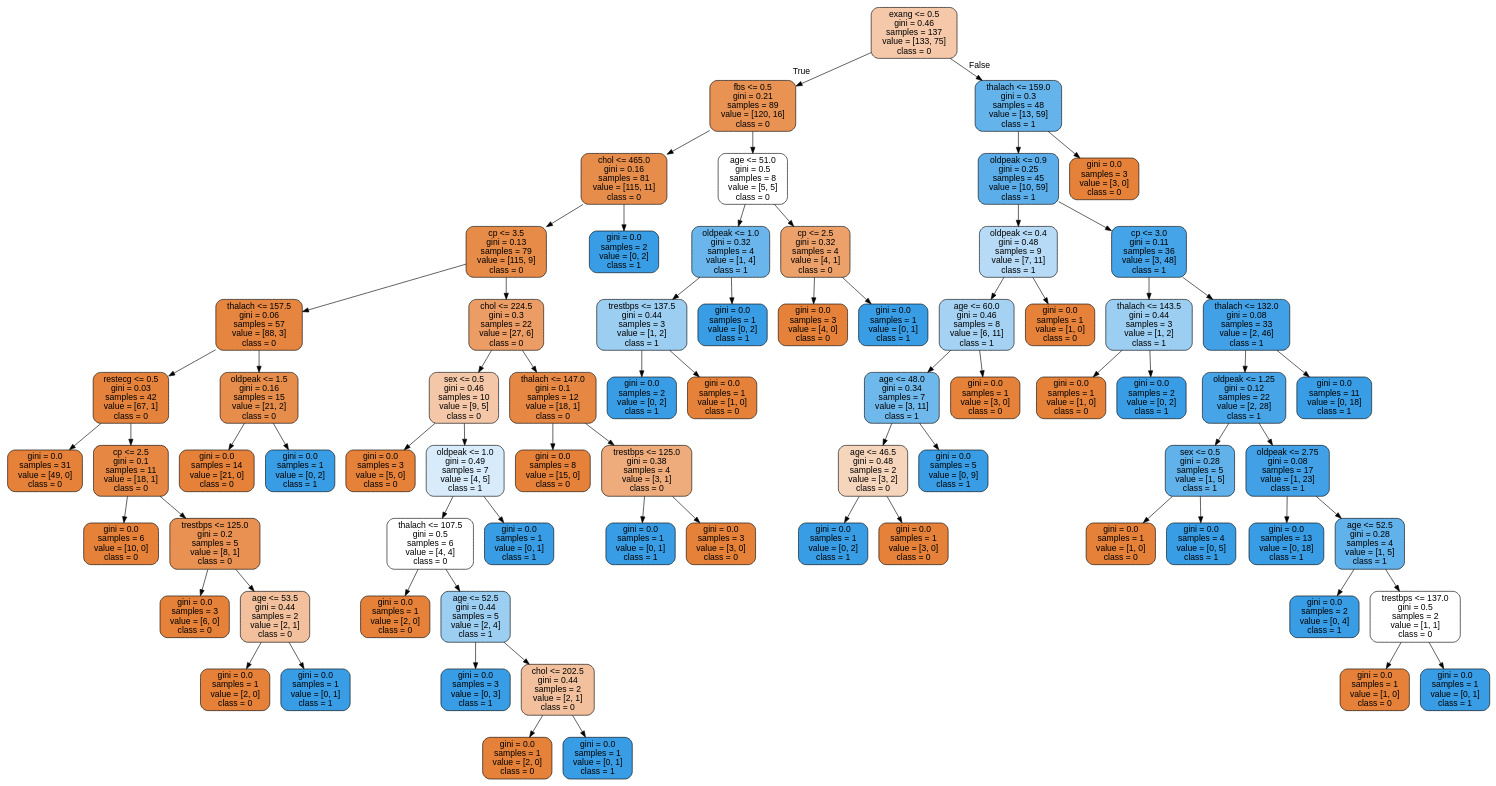
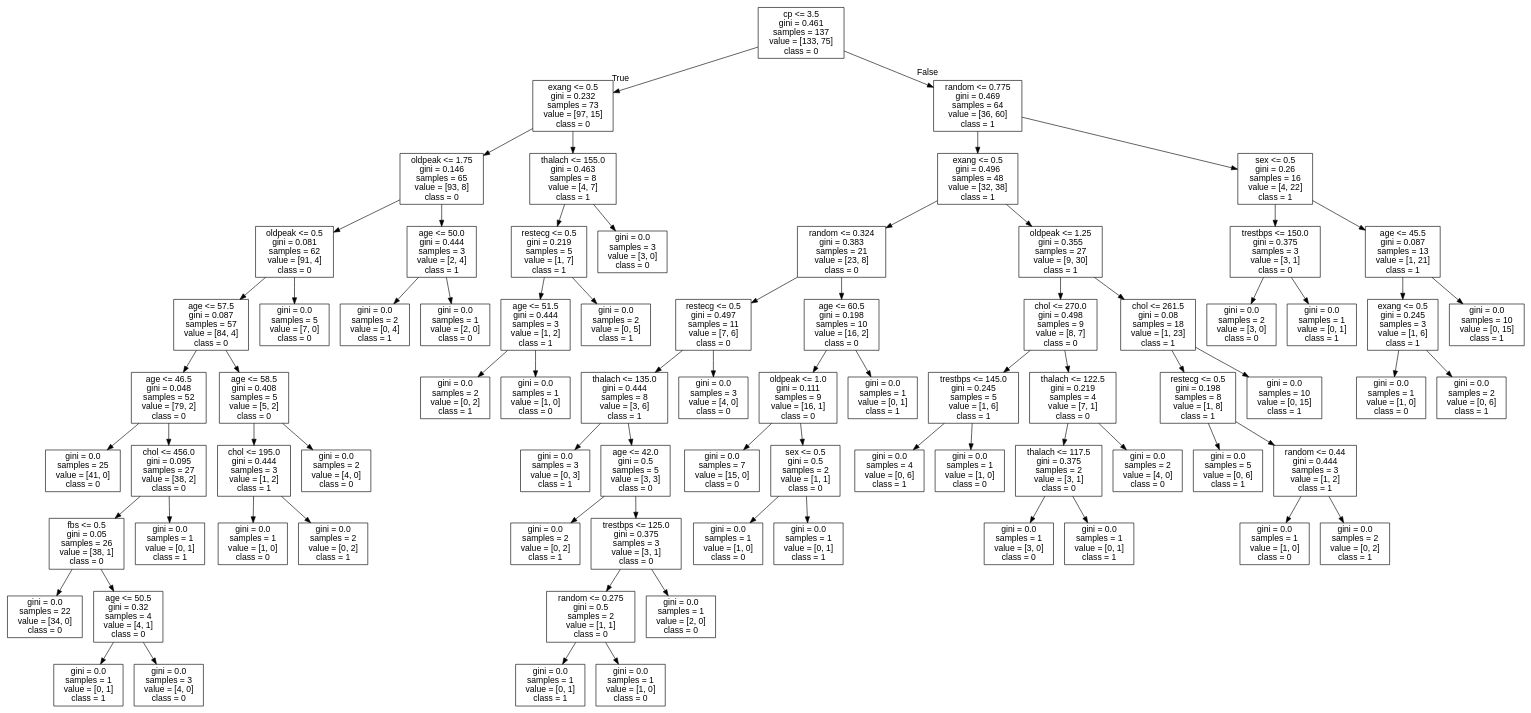
One commit to cyrilvincent/ML changed the diagram in data/heartdisease/tree.dot. Above: the diagram before and after it, drawn with Graphviz. The commit also changed 2 other files, not shown here.

```diff
--- a/data/heartdisease/tree.dot
+++ b/data/heartdisease/tree.dot
@@ -1,149 +1,157 @@
 digraph Tree {
-node [shape=box, style="filled, rounded", color="black", fontname="helvetica"] ;
+node [shape=box, fontname="helvetica"] ;
 edge [fontname="helvetica"] ;
-0 [label="exang <= 0.5\ngini = 0.46\nsamples = 137\nvalue = [133, 75]\nclass = 0", fillcolor="#f4c8a9"] ;
-1 [label="fbs <= 0.5\ngini = 0.21\nsamples = 89\nvalue = [120, 16]\nclass = 0", fillcolor="#e89253"] ;
+0 [label="cp <= 3.5\ngini = 0.461\nsamples = 137\nvalue = [133, 75]\nclass = 0"] ;
+1 [label="exang <= 0.5\ngini = 0.232\nsamples = 73\nvalue = [97, 15]\nclass = 0"] ;
 0 -> 1 [labeldistance=2.5, labelangle=45, headlabel="True"] ;
-2 [label="chol <= 465.0\ngini = 0.16\nsamples = 81\nvalue = [115, 11]\nclass = 0", fillcolor="#e78d4c"] ;
+2 [label="oldpeak <= 1.75\ngini = 0.146\nsamples = 65\nvalue = [93, 8]\nclass = 0"] ;
 1 -> 2 ;
-3 [label="cp <= 3.5\ngini = 0.13\nsamples = 79\nvalue = [115, 9]\nclass = 0", fillcolor="#e78b48"] ;
+3 [label="oldpeak <= 0.5\ngini = 0.081\nsamples = 62\nvalue = [91, 4]\nclass = 0"] ;
 2 -> 3 ;
-4 [label="thalach <= 157.5\ngini = 0.06\nsamples = 57\nvalue = [88, 3]\nclass = 0", fillcolor="#e68540"] ;
+4 [label="age <= 57.5\ngini = 0.087\nsamples = 57\nvalue = [84, 4]\nclass = 0"] ;
 3 -> 4 ;
-5 [label="restecg <= 0.5\ngini = 0.03\nsamples = 42\nvalue = [67, 1]\nclass = 0", fillcolor="#e5833c"] ;
+5 [label="age <= 46.5\ngini = 0.048\nsamples = 52\nvalue = [79, 2]\nclass = 0"] ;
 4 -> 5 ;
-6 [label="gini = 0.0\nsamples = 31\nvalue = [49, 0]\nclass = 0", fillcolor="#e58139"] ;
+6 [label="gini = 0.0\nsamples = 25\nvalue = [41, 0]\nclass = 0"] ;
 5 -> 6 ;
-7 [label="cp <= 2.5\ngini = 0.1\nsamples = 11\nvalue = [18, 1]\nclass = 0", fillcolor="#e68844"] ;
+7 [label="chol <= 456.0\ngini = 0.095\nsamples = 27\nvalue = [38, 2]\nclass = 0"] ;
 5 -> 7 ;
-8 [label="gini = 0.0\nsamples = 6\nvalue = [10, 0]\nclass = 0", fillcolor="#e58139"] ;
+8 [label="fbs <= 0.5\ngini = 0.05\nsamples = 26\nvalue = [38, 1]\nclass = 0"] ;
 7 -> 8 ;
-9 [label="trestbps <= 125.0\ngini = 0.2\nsamples = 5\nvalue = [8, 1]\nclass = 0", fillcolor="#e89152"] ;
-7 -> 9 ;
-10 [label="gini = 0.0\nsamples = 3\nvalue = [6, 0]\nclass = 0", fillcolor="#e58139"] ;
-9 -> 10 ;
-11 [label="age <= 53.5\ngini = 0.44\nsamples = 2\nvalue = [2, 1]\nclass = 0", fillcolor="#f2c09c"] ;
-9 -> 11 ;
-12 [label="gini = 0.0\nsamples = 1\nvalue = [2, 0]\nclass = 0", fillcolor="#e58139"] ;
-11 -> 12 ;
-13 [label="gini = 0.0\nsamples = 1\nvalue = [0, 1]\nclass = 1", fillcolor="#399de5"] ;
-11 -> 13 ;
-14 [label="oldpeak <= 1.5\ngini = 0.16\nsamples = 15\nvalue = [21, 2]\nclass = 0", fillcolor="#e78d4c"] ;
+9 [label="gini = 0.0\nsamples = 22\nvalue = [34, 0]\nclass = 0"] ;
+8 -> 9 ;
+10 [label="age <= 50.5\ngini = 0.32\nsamples = 4\nvalue = [4, 1]\nclass = 0"] ;
+8 -> 10 ;
+11 [label="gini = 0.0\nsamples = 1\nvalue = [0, 1]\nclass = 1"] ;
+10 -> 11 ;
+12 [label="gini = 0.0\nsamples = 3\nvalue = [4, 0]\nclass = 0"] ;
+10 -> 12 ;
+13 [label="gini = 0.0\nsamples = 1\nvalue = [0, 1]\nclass = 1"] ;
+7 -> 13 ;
+14 [label="age <= 58.5\ngini = 0.408\nsamples = 5\nvalue = [5, 2]\nclass = 0"] ;
 4 -> 14 ;
-15 [label="gini = 0.0\nsamples = 14\nvalue = [21, 0]\nclass = 0", fillcolor="#e58139"] ;
+15 [label="chol <= 195.0\ngini = 0.444\nsamples = 3\nvalue = [1, 2]\nclass = 1"] ;
 14 -> 15 ;
-16 [label="gini = 0.0\nsamples = 1\nvalue = [0, 2]\nclass = 1", fillcolor="#399de5"] ;
-14 -> 16 ;
-17 [label="chol <= 224.5\ngini = 0.3\nsamples = 22\nvalue = [27, 6]\nclass = 0", fillcolor="#eb9d65"] ;
-3 -> 17 ;
-18 [label="sex <= 0.5\ngini = 0.46\nsamples = 10\nvalue = [9, 5]\nclass = 0", fillcolor="#f3c7a7"] ;
-17 -> 18 ;
-19 [label="gini = 0.0\nsamples = 3\nvalue = [5, 0]\nclass = 0", fillcolor="#e58139"] ;
-18 -> 19 ;
-20 [label="oldpeak <= 1.0\ngini = 0.49\nsamples = 7\nvalue = [4, 5]\nclass = 1", fillcolor="#d7ebfa"] ;
-18 -> 20 ;
-21 [label="thalach <= 107.5\ngini = 0.5\nsamples = 6\nvalue = [4, 4]\nclass = 0", fillcolor="#ffffff"] ;
+16 [label="gini = 0.0\nsamples = 1\nvalue = [1, 0]\nclass = 0"] ;
+15 -> 16 ;
+17 [label="gini = 0.0\nsamples = 2\nvalue = [0, 2]\nclass = 1"] ;
+15 -> 17 ;
+18 [label="gini = 0.0\nsamples = 2\nvalue = [4, 0]\nclass = 0"] ;
+14 -> 18 ;
+19 [label="gini = 0.0\nsamples = 5\nvalue = [7, 0]\nclass = 0"] ;
+3 -> 19 ;
+20 [label="age <= 50.0\ngini = 0.444\nsamples = 3\nvalue = [2, 4]\nclass = 1"] ;
+2 -> 20 ;
+21 [label="gini = 0.0\nsamples = 2\nvalue = [0, 4]\nclass = 1"] ;
 20 -> 21 ;
-22 [label="gini = 0.0\nsamples = 1\nvalue = [2, 0]\nclass = 0", fillcolor="#e58139"] ;
-21 -> 22 ;
-23 [label="age <= 52.5\ngini = 0.44\nsamples = 5\nvalue = [2, 4]\nclass = 1", fillcolor="#9ccef2"] ;
-21 -> 23 ;
-24 [label="gini = 0.0\nsamples = 3\nvalue = [0, 3]\nclass = 1", fillcolor="#399de5"] ;
+22 [label="gini = 0.0\nsamples = 1\nvalue = [2, 0]\nclass = 0"] ;
+20 -> 22 ;
+23 [label="thalach <= 155.0\ngini = 0.463\nsamples = 8\nvalue = [4, 7]\nclass = 1"] ;
+1 -> 23 ;
+24 [label="restecg <= 0.5\ngini = 0.219\nsamples = 5\nvalue = [1, 7]\nclass = 1"] ;
 23 -> 24 ;
-25 [label="chol <= 202.5\ngini = 0.44\nsamples = 2\nvalue = [2, 1]\nclass = 0", fillcolor="#f2c09c"] ;
-23 -> 25 ;
-26 [label="gini = 0.0\nsamples = 1\nvalue = [2, 0]\nclass = 0", fillcolor="#e58139"] ;
+25 [label="age <= 51.5\ngini = 0.444\nsamples = 3\nvalue = [1, 2]\nclass = 1"] ;
+24 -> 25 ;
+26 [label="gini = 0.0\nsamples = 2\nvalue = [0, 2]\nclass = 1"] ;
 25 -> 26 ;
-27 [label="gini = 0.0\nsamples = 1\nvalue = [0, 1]\nclass = 1", fillcolor="#399de5"] ;
+27 [label="gini = 0.0\nsamples = 1\nvalue = [1, 0]\nclass = 0"] ;
 25 -> 27 ;
-28 [label="gini = 0.0\nsamples = 1\nvalue = [0, 1]\nclass = 1", fillcolor="#399de5"] ;
-20 -> 28 ;
-29 [label="thalach <= 147.0\ngini = 0.1\nsamples = 12\nvalue = [18, 1]\nclass = 0", fillcolor="#e68844"] ;
-17 -> 29 ;
-30 [label="gini = 0.0\nsamples = 8\nvalue = [15, 0]\nclass = 0", fillcolor="#e58139"] ;
-29 -> 30 ;
-31 [label="trestbps <= 125.0\ngini = 0.38\nsamples = 4\nvalue = [3, 1]\nclass = 0", fillcolor="#eeab7b"] ;
-29 -> 31 ;
-32 [label="gini = 0.0\nsamples = 1\nvalue = [0, 1]\nclass = 1", fillcolor="#399de5"] ;
+28 [label="gini = 0.0\nsamples = 2\nvalue = [0, 5]\nclass = 1"] ;
+24 -> 28 ;
+29 [label="gini = 0.0\nsamples = 3\nvalue = [3, 0]\nclass = 0"] ;
+23 -> 29 ;
+30 [label="random <= 0.775\ngini = 0.469\nsamples = 64\nvalue = [36, 60]\nclass = 1"] ;
+0 -> 30 [labeldistance=2.5, labelangle=-45, headlabel="False"] ;
+31 [label="exang <= 0.5\ngini = 0.496\nsamples = 48\nvalue = [32, 38]\nclass = 1"] ;
+30 -> 31 ;
+32 [label="random <= 0.324\ngini = 0.383\nsamples = 21\nvalue = [23, 8]\nclass = 0"] ;
 31 -> 32 ;
-33 [label="gini = 0.0\nsamples = 3\nvalue = [3, 0]\nclass = 0", fillcolor="#e58139"] ;
-31 -> 33 ;
-34 [label="gini = 0.0\nsamples = 2\nvalue = [0, 2]\nclass = 1", fillcolor="#399de5"] ;
-2 -> 34 ;
-35 [label="age <= 51.0\ngini = 0.5\nsamples = 8\nvalue = [5, 5]\nclass = 0", fillcolor="#ffffff"] ;
-1 -> 35 ;
-36 [label="oldpeak <= 1.0\ngini = 0.32\nsamples = 4\nvalue = [1, 4]\nclass = 1", fillcolor="#6ab6ec"] ;
-35 -> 36 ;
-37 [label="trestbps <= 137.5\ngini = 0.44\nsamples = 3\nvalue = [1, 2]\nclass = 1", fillcolor="#9ccef2"] ;
+33 [label="restecg <= 0.5\ngini = 0.497\nsamples = 11\nvalue = [7, 6]\nclass = 0"] ;
+32 -> 33 ;
+34 [label="thalach <= 135.0\ngini = 0.444\nsamples = 8\nvalue = [3, 6]\nclass = 1"] ;
+33 -> 34 ;
+35 [label="gini = 0.0\nsamples = 3\nvalue = [0, 3]\nclass = 1"] ;
+34 -> 35 ;
+36 [label="age <= 42.0\ngini = 0.5\nsamples = 5\nvalue = [3, 3]\nclass = 0"] ;
+34 -> 36 ;
+37 [label="gini = 0.0\nsamples = 2\nvalue = [0, 2]\nclass = 1"] ;
 36 -> 37 ;
-38 [label="gini = 0.0\nsamples = 2\nvalue = [0, 2]\nclass = 1", fillcolor="#399de5"] ;
-37 -> 38 ;
-39 [label="gini = 0.0\nsamples = 1\nvalue = [1, 0]\nclass = 0", fillcolor="#e58139"] ;
-37 -> 39 ;
-40 [label="gini = 0.0\nsamples = 1\nvalue = [0, 2]\nclass = 1", fillcolor="#399de5"] ;
-36 -> 40 ;
-41 [label="cp <= 2.5\ngini = 0.32\nsamples = 4\nvalue = [4, 1]\nclass = 0", fillcolor="#eca06a"] ;
-35 -> 41 ;
-42 [label="gini = 0.0\nsamples = 3\nvalue = [4, 0]\nclass = 0", fillcolor="#e58139"] ;
-41 -> 42 ;
-43 [label="gini = 0.0\nsamples = 1\nvalue = [0, 1]\nclass = 1", fillcolor="#399de5"] ;
-41 -> 43 ;
-44 [label="thalach <= 159.0\ngini = 0.3\nsamples = 48\nvalue = [13, 59]\nclass = 1", fillcolor="#65b3eb"] ;
-0 -> 44 [labeldistance=2.5, labelangle=-45, headlabel="False"] ;
-45 [label="oldpeak <= 0.9\ngini = 0.25\nsamples = 45\nvalue = [10, 59]\nclass = 1", fillcolor="#5baee9"] ;
+38 [label="trestbps <= 125.0\ngini = 0.375\nsamples = 3\nvalue = [3, 1]\nclass = 0"] ;
+36 -> 38 ;
+39 [label="random <= 0.275\ngini = 0.5\nsamples = 2\nvalue = [1, 1]\nclass = 0"] ;
+38 -> 39 ;
+40 [label="gini = 0.0\nsamples = 1\nvalue = [0, 1]\nclass = 1"] ;
+39 -> 40 ;
+41 [label="gini = 0.0\nsamples = 1\nvalue = [1, 0]\nclass = 0"] ;
+39 -> 41 ;
+42 [label="gini = 0.0\nsamples = 1\nvalue = [2, 0]\nclass = 0"] ;
+38 -> 42 ;
+43 [label="gini = 0.0\nsamples = 3\nvalue = [4, 0]\nclass = 0"] ;
+33 -> 43 ;
+44 [label="age <= 60.5\ngini = 0.198\nsamples = 10\nvalue = [16, 2]\nclass = 0"] ;
+32 -> 44 ;
+45 [label="oldpeak <= 1.0\ngini = 0.111\nsamples = 9\nvalue = [16, 1]\nclass = 0"] ;
 44 -> 45 ;
-46 [label="oldpeak <= 0.4\ngini = 0.48\nsamples = 9\nvalue = [7, 11]\nclass = 1", fillcolor="#b7dbf6"] ;
+46 [label="gini = 0.0\nsamples = 7\nvalue = [15, 0]\nclass = 0"] ;
 45 -> 46 ;
-47 [label="age <= 60.0\ngini = 0.46\nsamples = 8\nvalue = [6, 11]\nclass = 1", fillcolor="#a5d2f3"] ;
-46 -> 47 ;
-48 [label="age <= 48.0\ngini = 0.34\nsamples = 7\nvalue = [3, 11]\nclass = 1", fillcolor="#6fb8ec"] ;
+47 [label="sex <= 0.5\ngini = 0.5\nsamples = 2\nvalue = [1, 1]\nclass = 0"] ;
+45 -> 47 ;
+48 [label="gini = 0.0\nsamples = 1\nvalue = [1, 0]\nclass = 0"] ;
 47 -> 48 ;
-49 [label="age <= 46.5\ngini = 0.48\nsamples = 2\nvalue = [3, 2]\nclass = 0", fillcolor="#f6d5bd"] ;
-48 -> 49 ;
-50 [label="gini = 0.0\nsamples = 1\nvalue = [0, 2]\nclass = 1", fillcolor="#399de5"] ;
-49 -> 50 ;
-51 [label="gini = 0.0\nsamples = 1\nvalue = [3, 0]\nclass = 0", fillcolor="#e58139"] ;
-49 -> 51 ;
-52 [label="gini = 0.0\nsamples = 5\nvalue = [0, 9]\nclass = 1", fillcolor="#399de5"] ;
-48 -> 52 ;
-53 [label="gini = 0.0\nsamples = 1\nvalue = [3, 0]\nclass = 0", fillcolor="#e58139"] ;
-47 -> 53 ;
-54 [label="gini = 0.0\nsamples = 1\nvalue = [1, 0]\nclass = 0", fillcolor="#e58139"] ;
-46 -> 54 ;
-55 [label="cp <= 3.0\ngini = 0.11\nsamples = 36\nvalue = [3, 48]\nclass = 1", fillcolor="#45a3e7"] ;
-45 -> 55 ;
-56 [label="thalach <= 143.5\ngini = 0.44\nsamples = 3\nvalue = [1, 2]\nclass = 1", fillcolor="#9ccef2"] ;
-55 -> 56 ;
-57 [label="gini = 0.0\nsamples = 1\nvalue = [1, 0]\nclass = 0", fillcolor="#e58139"] ;
+49 [label="gini = 0.0\nsamples = 1\nvalue = [0, 1]\nclass = 1"] ;
+47 -> 49 ;
+50 [label="gini = 0.0\nsamples = 1\nvalue = [0, 1]\nclass = 1"] ;
+44 -> 50 ;
+51 [label="oldpeak <= 1.25\ngini = 0.355\nsamples = 27\nvalue = [9, 30]\nclass = 1"] ;
+31 -> 51 ;
+52 [label="chol <= 270.0\ngini = 0.498\nsamples = 9\nvalue = [8, 7]\nclass = 0"] ;
+51 -> 52 ;
+53 [label="trestbps <= 145.0\ngini = 0.245\nsamples = 5\nvalue = [1, 6]\nclass = 1"] ;
+52 -> 53 ;
+54 [label="gini = 0.0\nsamples = 4\nvalue = [0, 6]\nclass = 1"] ;
+53 -> 54 ;
+55 [label="gini = 0.0\nsamples = 1\nvalue = [1, 0]\nclass = 0"] ;
+53 -> 55 ;
+56 [label="thalach <= 122.5\ngini = 0.219\nsamples = 4\nvalue = [7, 1]\nclass = 0"] ;
+52 -> 56 ;
+57 [label="thalach <= 117.5\ngini = 0.375\nsamples = 2\nvalue = [3, 1]\nclass = 0"] ;
 56 -> 57 ;
-58 [label="gini = 0.0\nsamples = 2\nvalue = [0, 2]\nclass = 1", fillcolor="#399de5"] ;
-56 -> 58 ;
-59 [label="thalach <= 132.0\ngini = 0.08\nsamples = 33\nvalue = [2, 46]\nclass = 1", fillcolor="#42a1e6"] ;
-55 -> 59 ;
-60 [label="oldpeak <= 1.25\ngini = 0.12\nsamples = 22\nvalue = [2, 28]\nclass = 1", fillcolor="#47a4e7"] ;
-59 -> 60 ;
-61 [label="sex <= 0.5\ngini = 0.28\nsamples = 5\nvalue = [1, 5]\nclass = 1", fillcolor="#61b1ea"] ;
-60 -> 61 ;
-62 [label="gini = 0.0\nsamples = 1\nvalue = [1, 0]\nclass = 0", fillcolor="#e58139"] ;
+58 [label="gini = 0.0\nsamples = 1\nvalue = [3, 0]\nclass = 0"] ;
+57 -> 58 ;
+59 [label="gini = 0.0\nsamples = 1\nvalue = [0, 1]\nclass = 1"] ;
+57 -> 59 ;
+60 [label="gini = 0.0\nsamples = 2\nvalue = [4, 0]\nclass = 0"] ;
+56 -> 60 ;
+61 [label="chol <= 261.5\ngini = 0.08\nsamples = 18\nvalue = [1, 23]\nclass = 1"] ;
+51 -> 61 ;
+62 [label="restecg <= 0.5\ngini = 0.198\nsamples = 8\nvalue = [1, 8]\nclass = 1"] ;
 61 -> 62 ;
-63 [label="gini = 0.0\nsamples = 4\nvalue = [0, 5]\nclass = 1", fillcolor="#399de5"] ;
-61 -> 63 ;
-64 [label="oldpeak <= 2.75\ngini = 0.08\nsamples = 17\nvalue = [1, 23]\nclass = 1", fillcolor="#42a1e6"] ;
-60 -> 64 ;
-65 [label="gini = 0.0\nsamples = 13\nvalue = [0, 18]\nclass = 1", fillcolor="#399de5"] ;
+63 [label="gini = 0.0\nsamples = 5\nvalue = [0, 6]\nclass = 1"] ;
+62 -> 63 ;
+64 [label="random <= 0.44\ngini = 0.444\nsamples = 3\nvalue = [1, 2]\nclass = 1"] ;
+62 -> 64 ;
+65 [label="gini = 0.0\nsamples = 1\nvalue = [1, 0]\nclass = 0"] ;
 64 -> 65 ;
-66 [label="age <= 52.5\ngini = 0.28\nsamples = 4\nvalue = [1, 5]\nclass = 1", fillcolor="#61b1ea"] ;
+66 [label="gini = 0.0\nsamples = 2\nvalue = [0, 2]\nclass = 1"] ;
 64 -> 66 ;
-67 [label="gini = 0.0\nsamples = 2\nvalue = [0, 4]\nclass = 1", fillcolor="#399de5"] ;
-66 -> 67 ;
-68 [label="trestbps <= 137.0\ngini = 0.5\nsamples = 2\nvalue = [1, 1]\nclass = 0", fillcolor="#ffffff"] ;
-66 -> 68 ;
-69 [label="gini = 0.0\nsamples = 1\nvalue = [1, 0]\nclass = 0", fillcolor="#e58139"] ;
+67 [label="gini = 0.0\nsamples = 10\nvalue = [0, 15]\nclass = 1"] ;
+61 -> 67 ;
+68 [label="sex <= 0.5\ngini = 0.26\nsamples = 16\nvalue = [4, 22]\nclass = 1"] ;
+30 -> 68 ;
+69 [label="trestbps <= 150.0\ngini = 0.375\nsamples = 3\nvalue = [3, 1]\nclass = 0"] ;
 68 -> 69 ;
-70 [label="gini = 0.0\nsamples = 1\nvalue = [0, 1]\nclass = 1", fillcolor="#399de5"] ;
-68 -> 70 ;
-71 [label="gini = 0.0\nsamples = 11\nvalue = [0, 18]\nclass = 1", fillcolor="#399de5"] ;
-59 -> 71 ;
-72 [label="gini = 0.0\nsamples = 3\nvalue = [3, 0]\nclass = 0", fillcolor="#e58139"] ;
-44 -> 72 ;
+70 [label="gini = 0.0\nsamples = 2\nvalue = [3, 0]\nclass = 0"] ;
+69 -> 70 ;
+71 [label="gini = 0.0\nsamples = 1\nvalue = [0, 1]\nclass = 1"] ;
+69 -> 71 ;
+72 [label="age <= 45.5\ngini = 0.087\nsamples = 13\nvalue = [1, 21]\nclass = 1"] ;
+68 -> 72 ;
+73 [label="exang <= 0.5\ngini = 0.245\nsamples = 3\nvalue = [1, 6]\nclass = 1"] ;
+72 -> 73 ;
+74 [label="gini = 0.0\nsamples = 1\nvalue = [1, 0]\nclass = 0"] ;
+73 -> 74 ;
+75 [label="gini = 0.0\nsamples = 2\nvalue = [0, 6]\nclass = 1"] ;
+73 -> 75 ;
+76 [label="gini = 0.0\nsamples = 10\nvalue = [0, 15]\nclass = 1"] ;
+72 -> 76 ;
 }
```
